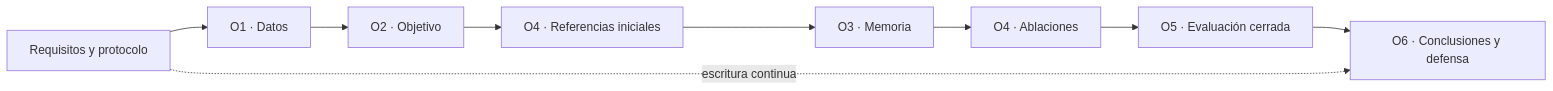
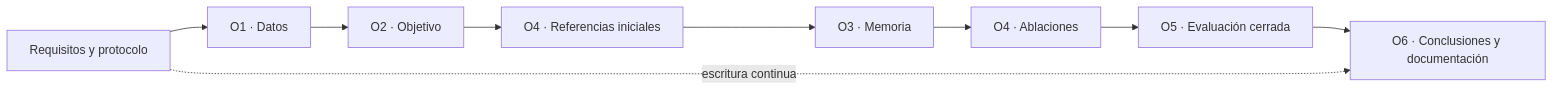
The diagram in docs/research/roadmap.md (GonxKZ/mars-titan), drawn with Mermaid before and after one commit. The commit also changed other lines of this file and 797 other files, not shown here.

````diff
--- a/docs/research/roadmap.md
+++ b/docs/research/roadmap.md
@@ -16,11 +16,11 @@
 ```mermaid
 flowchart LR
     R[Requisitos y protocolo] --> D[O1 · Datos]
     D --> T[O2 · Objetivo]
     T --> B[O4 · Referencias iniciales]
     B --> M[O3 · Memoria]
     M --> A[O4 · Ablaciones]
     A --> E[O5 · Evaluación cerrada]
-    E --> C[O6 · Conclusiones y defensa]
+    E --> C[O6 · Conclusiones y documentación]
     R -. escritura continua .-> C
 ```
````
